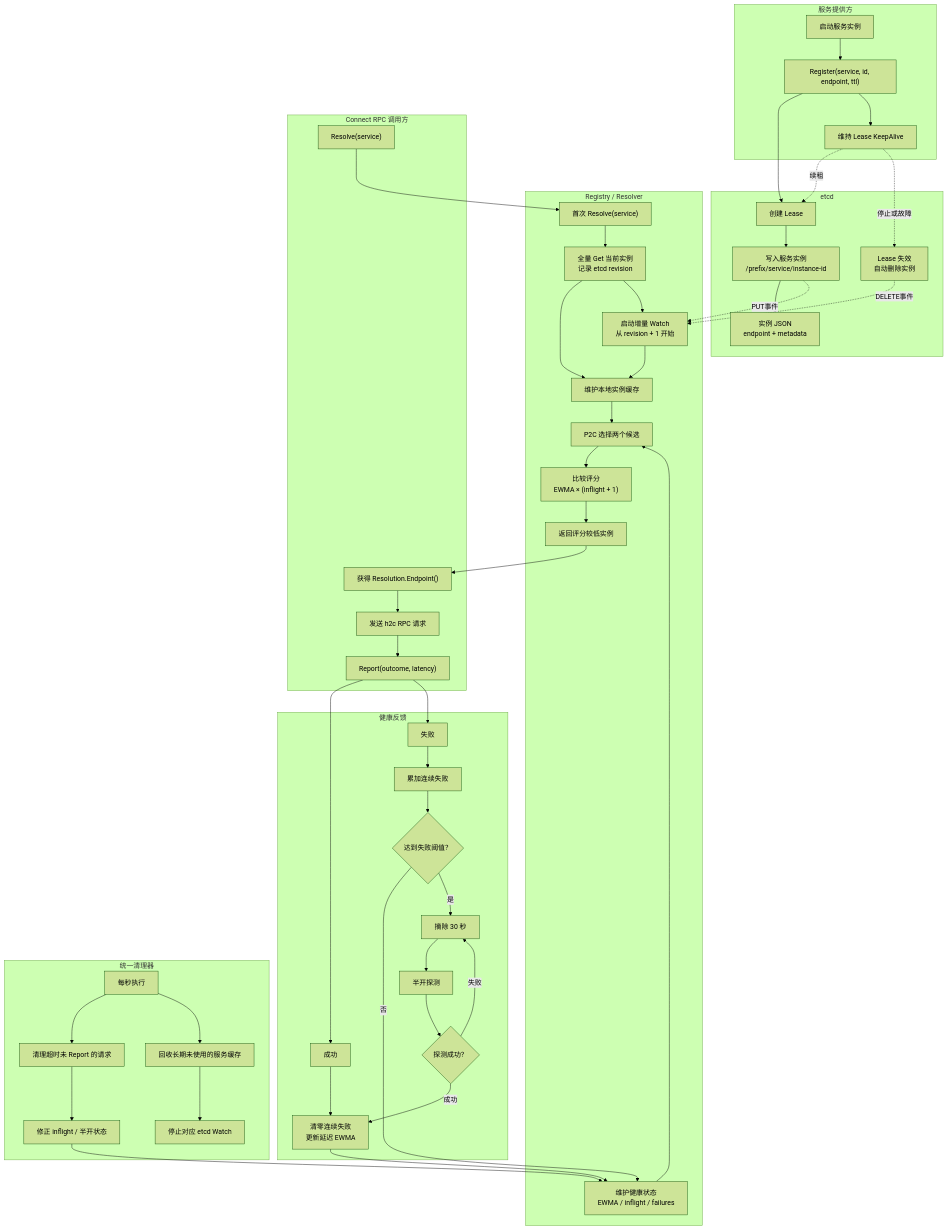
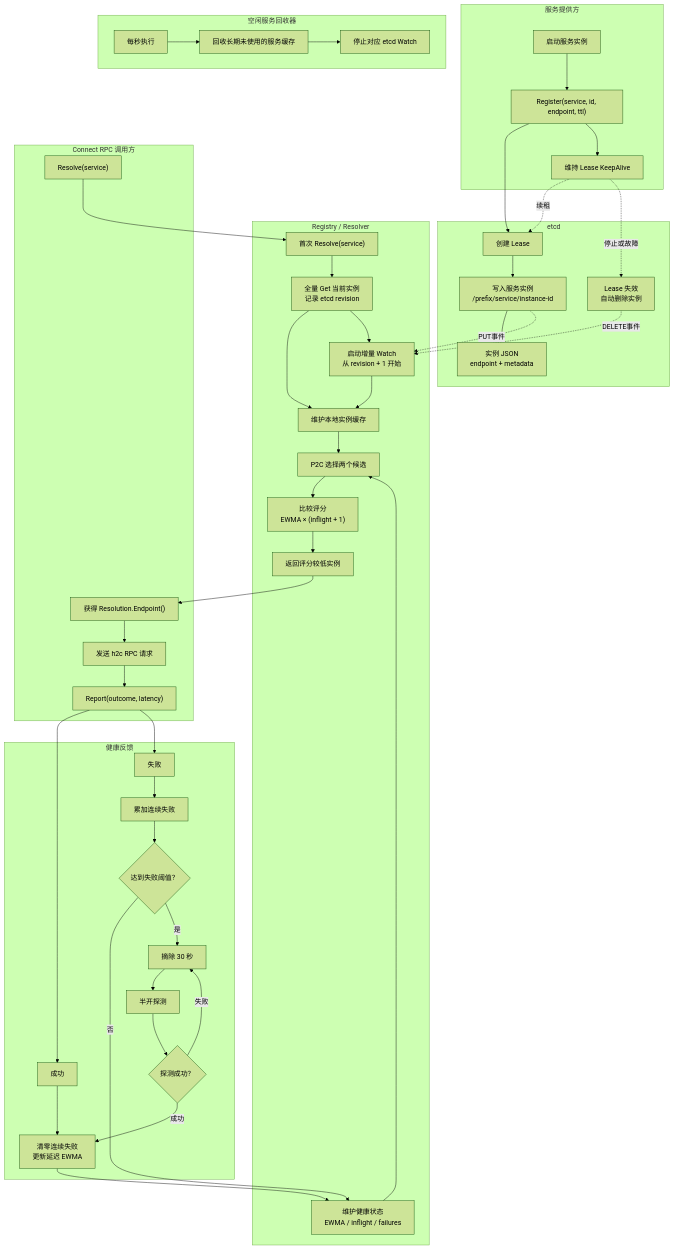
The diagram in pkg/registry/FLOW.md (project-kgo/kc), drawn with Mermaid (forest theme) before and after one commit. The commit also changed other lines of this file and 9 other files, not shown here.

````diff
--- a/pkg/registry/FLOW.md
+++ b/pkg/registry/FLOW.md
@@ -44,10 +44,8 @@
         H8{"探测成功？"}
     end
 
-    subgraph Janitor["统一清理器"]
+    subgraph Sweeper["空闲服务回收器"]
         J1["每秒执行"]
-        J2["清理超时未 Report 的请求"]
-        J3["修正 inflight / 半开状态"]
         J4["回收长期未使用的服务缓存"]
         J5["停止对应 etcd Watch"]
     end
@@ -89,9 +87,6 @@
     H8 -- 成功 --> H3
     H8 -- 失败 --> H6
 
-    J1 --> J2
-    J2 --> J3
-    J3 --> D5
     J1 --> J4
     J4 --> J5
 ```
````
